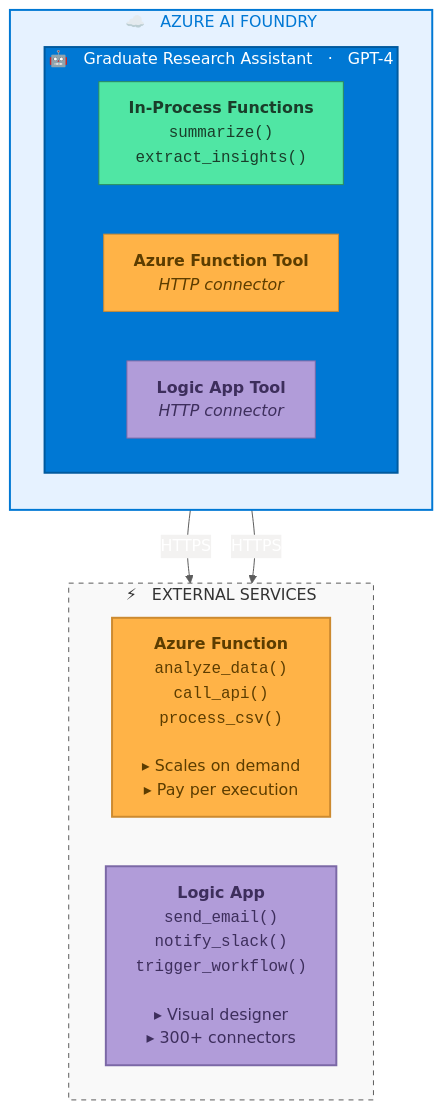
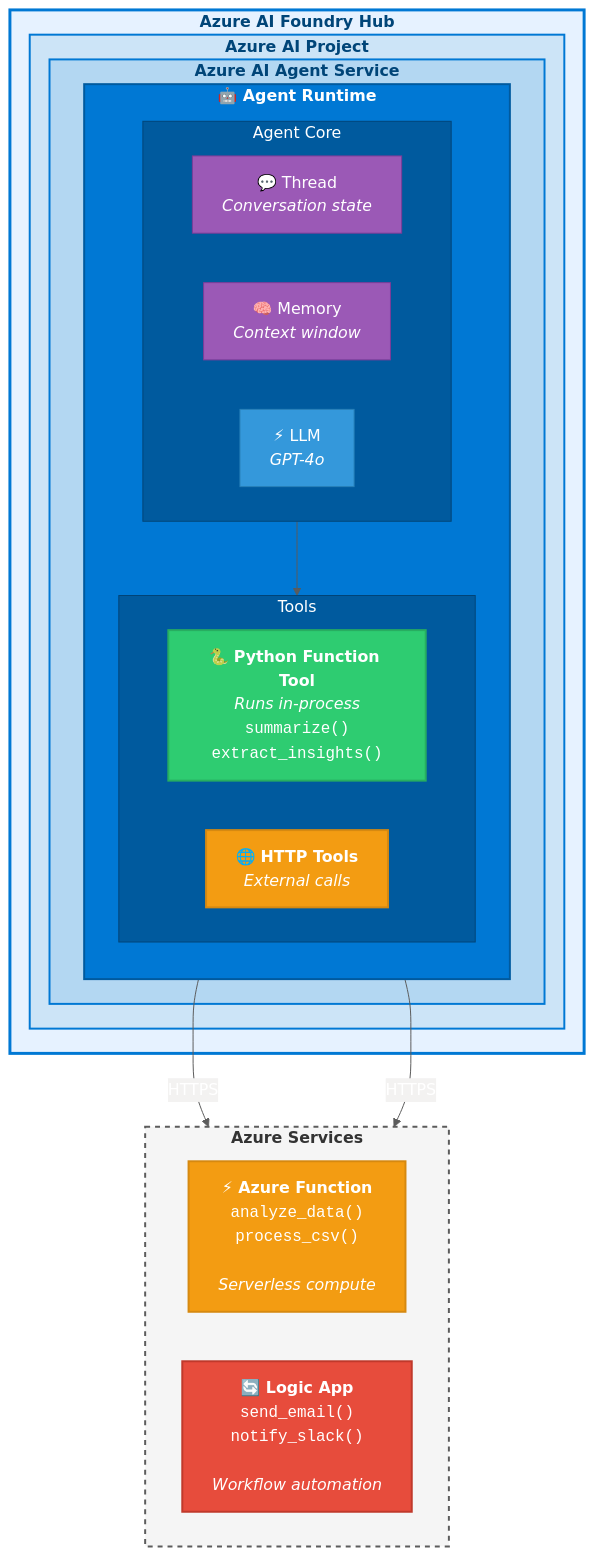
Before and after one commit to weicheng998/northwestern-fy26-msai-foundry-agentic-ai: the diagram in docs/single_agent_architecture.md, drawn with Mermaid. The commit also changed other lines of this file, not shown here.

Commit message:
add diagram

````diff
--- a/docs/single_agent_architecture.md
+++ b/docs/single_agent_architecture.md
@@ -29,34 +29,56 @@
 ```mermaid
 %%{init: {'theme': 'base', 'themeVariables': { 'primaryColor': '#0078D4', 'primaryTextColor': '#fff', 'primaryBorderColor': '#005A9E', 'lineColor': '#5C5C5C', 'secondaryColor': '#F3F2F1', 'tertiaryColor': '#E1DFDD', 'fontFamily': 'Segoe UI, sans-serif'}}}%%
 
 flowchart TB
-    subgraph FOUNDRY["☁️ &nbsp; AZURE AI FOUNDRY"]
-        direction TB
-        subgraph AGENT["🤖 &nbsp; Graduate Research Assistant &nbsp; · &nbsp; GPT-4"]
-            direction LR
-            INPROCESS["<b>In-Process Functions</b><br/><code>summarize()</code><br/><code>extract_insights()</code>"]
-            FUNC_TOOL["<b>Azure Function Tool</b><br/><i>HTTP connector</i>"]
-            LOGIC_TOOL["<b>Logic App Tool</b><br/><i>HTTP connector</i>"]
+    subgraph HUB["<b>Azure AI Foundry Hub</b>"]
+        subgraph PROJECT["<b>Azure AI Project</b>"]
+            subgraph SERVICE["<b>Azure AI Agent Service</b>"]
+                subgraph RUNTIME["<b>🤖 Agent Runtime</b>"]
+                    direction TB
+                    
+                    subgraph CORE["Agent Core"]
+                        direction LR
+                        THREAD["💬 Thread<br/><i>Conversation state</i>"]
+                        MEMORY["🧠 Memory<br/><i>Context window</i>"]
+                        LLM["⚡ LLM<br/><i>GPT-4o</i>"]
+                    end
+                    
+                    subgraph TOOLS["Tools"]
+                        direction LR
+                        PYTHON["🐍 <b>Python Function Tool</b><br/><i>Runs in-process</i><br/><code>summarize()</code><br/><code>extract_insights()</code>"]
+                        HTTP["🌐 <b>HTTP Tools</b><br/><i>External calls</i>"]
+                    end
+                    
+                    CORE --> TOOLS
+                end
+            end
         end
     end
 
-    subgraph EXTERNAL["⚡ &nbsp; EXTERNAL SERVICES"]
+    subgraph AZURE["<b>Azure Services</b>"]
         direction LR
-        AZURE_FUNC["<b>Azure Function</b><br/><code>analyze_data()</code><br/><code>call_api()</code><br/><code>process_csv()</code><br/><br/>▸ Scales on demand<br/>▸ Pay per execution"]
-        LOGIC_APP["<b>Logic App</b><br/><code>send_email()</code><br/><code>notify_slack()</code><br/><code>trigger_workflow()</code><br/><br/>▸ Visual designer<br/>▸ 300+ connectors"]
+        FUNC["<b>⚡ Azure Function</b><br/><code>analyze_data()</code><br/><code>process_csv()</code><br/><br/><i>Serverless compute</i>"]
+        LOGIC["<b>🔄 Logic App</b><br/><code>send_email()</code><br/><code>notify_slack()</code><br/><br/><i>Workflow automation</i>"]
     end
 
-    FUNC_TOOL -->|"HTTPS"| AZURE_FUNC
-    LOGIC_TOOL -->|"HTTPS"| LOGIC_APP
+    HTTP -->|"HTTPS"| FUNC
+    HTTP -->|"HTTPS"| LOGIC
 
-    style FOUNDRY fill:#E6F2FF,stroke:#0078D4,stroke-width:2px,color:#0078D4
-    style AGENT fill:#0078D4,stroke:#005A9E,stroke-width:2px,color:#FFFFFF
-    style EXTERNAL fill:#F9F9F9,stroke:#5C5C5C,stroke-width:1px,stroke-dasharray:5 5,color:#333
+    style HUB fill:#E6F2FF,stroke:#0078D4,stroke-width:3px,color:#004578
+    style PROJECT fill:#CCE4F7,stroke:#0078D4,stroke-width:2px,color:#004578
+    style SERVICE fill:#B3D7F2,stroke:#0078D4,stroke-width:2px,color:#004578
+    style RUNTIME fill:#0078D4,stroke:#005A9E,stroke-width:2px,color:#FFFFFF
+    style CORE fill:#005A9E,stroke:#004578,stroke-width:1px,color:#FFFFFF
+    style TOOLS fill:#005A9E,stroke:#004578,stroke-width:1px,color:#FFFFFF
     
-    style INPROCESS fill:#50E6A4,stroke:#2D8B5C,stroke-width:1px,color:#1A3D2A
-    style FUNC_TOOL fill:#FFB347,stroke:#CC8A30,stroke-width:1px,color:#5C3D00
-    style LOGIC_TOOL fill:#B19CD9,stroke:#7B68A6,stroke-width:1px,color:#3D2E5C
+    style THREAD fill:#9B59B6,stroke:#7D3C98,stroke-width:1px,color:#FFFFFF
+    style MEMORY fill:#9B59B6,stroke:#7D3C98,stroke-width:1px,color:#FFFFFF
+    style LLM fill:#3498DB,stroke:#2980B9,stroke-width:1px,color:#FFFFFF
     
-    style AZURE_FUNC fill:#FFB347,stroke:#CC8A30,stroke-width:2px,color:#5C3D00
-    style LOGIC_APP fill:#B19CD9,stroke:#7B68A6,stroke-width:2px,color:#3D2E5C
+    style PYTHON fill:#2ECC71,stroke:#27AE60,stroke-width:2px,color:#FFFFFF
+    style HTTP fill:#F39C12,stroke:#D68910,stroke-width:2px,color:#FFFFFF
+    
+    style AZURE fill:#F5F5F5,stroke:#5C5C5C,stroke-width:2px,stroke-dasharray:5 5,color:#333
+    style FUNC fill:#F39C12,stroke:#D68910,stroke-width:2px,color:#FFFFFF
+    style LOGIC fill:#E74C3C,stroke:#C0392B,stroke-width:2px,color:#FFFFFF
 ```
````
